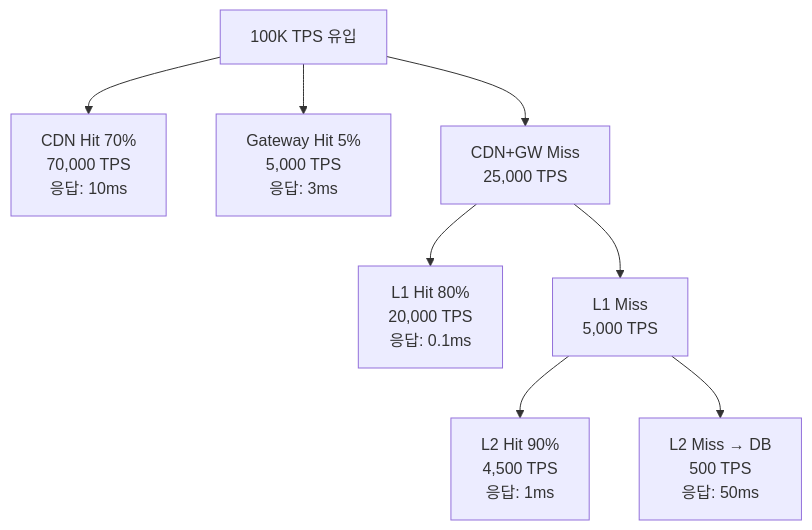
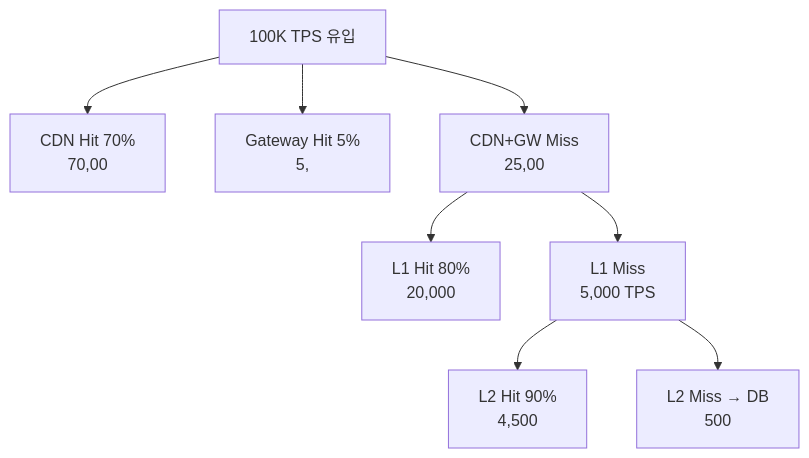
The sixth of 8 diagrams in _posts/caching/2026-05-03-multi-layer-caching.md (yjkim2015/yjkim2015.github.io), drawn with Mermaid before and after one commit. The commit also changed other lines of this file and 271 other files, not shown here.

First line of the commit message:
Mermaid 라벨 축소: 긴 노드 텍스트 18자 이하로 트림 + \n 제거

````diff
--- a/_posts/caching/2026-05-03-multi-layer-caching.md
+++ b/_posts/caching/2026-05-03-multi-layer-caching.md
@@ -512,10 +512,10 @@
 ```mermaid
 graph TD
-    Total["100K TPS 유입"] --> CDN["CDN Hit 70%\n70,000 TPS\n응답: 10ms"]
-    Total --> GW["Gateway Hit 5%\n5,000 TPS\n응답: 3ms"]
-    Total --> Miss1["CDN+GW Miss\n25,000 TPS"]
-    Miss1 --> L1["L1 Hit 80%\n20,000 TPS\n응답: 0.1ms"]
+    Total["100K TPS 유입"] --> CDN["CDN Hit 70%\n70,00"]
+    Total --> GW["Gateway Hit 5%\n5,"]
+    Total --> Miss1["CDN+GW Miss\n25,00"]
+    Miss1 --> L1["L1 Hit 80%\n20,000"]
     Miss1 --> Miss2["L1 Miss\n5,000 TPS"]
-    Miss2 --> L2["L2 Hit 90%\n4,500 TPS\n응답: 1ms"]
-    Miss2 --> DB["L2 Miss → DB\n500 TPS\n응답: 50ms"]
+    Miss2 --> L2["L2 Hit 90%\n4,500"]
+    Miss2 --> DB["L2 Miss → DB\n500"]
 ```
````
